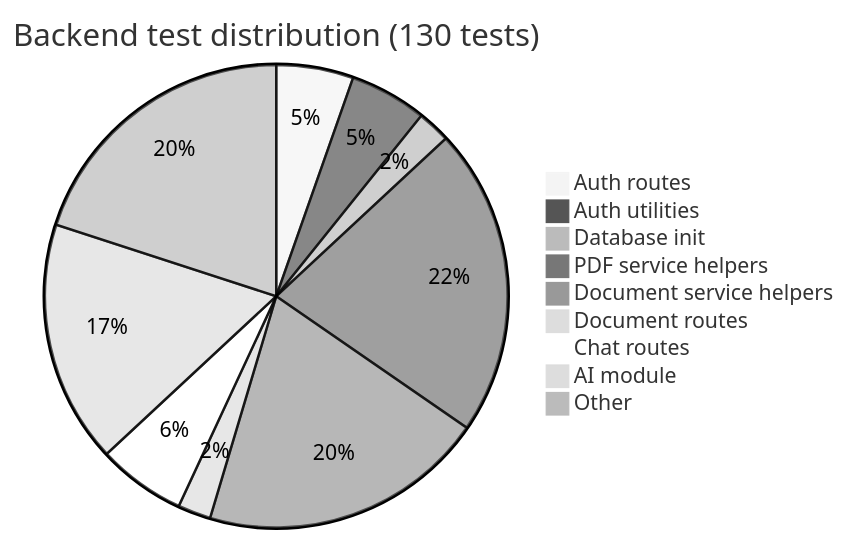
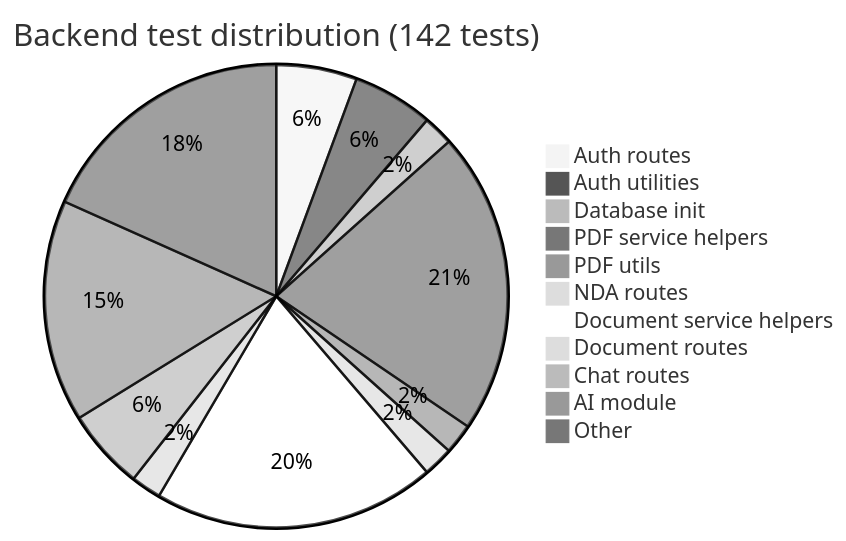
One commit to shaynemeyer/prelegal changed the first of 6 diagrams in docs/test-coverage-report.md. Above: the diagram before and after it, drawn with Mermaid (neutral theme). The commit also changed other lines of this file and 7 other files, not shown here.

First line of the commit message:
test: improve backend coverage from 89% to 99% (130 → 142 tests)

````diff
--- a/docs/test-coverage-report.md
+++ b/docs/test-coverage-report.md
@@ -46,12 +46,14 @@
 ```mermaid
-pie title Backend test distribution (130 tests)
-    "Auth routes" : 7
-    "Auth utilities" : 7
+pie title Backend test distribution (142 tests)
+    "Auth routes" : 8
+    "Auth utilities" : 8
     "Database init" : 3
-    "PDF service helpers" : 28
-    "Document service helpers" : 26
+    "PDF service helpers" : 30
+    "PDF utils" : 3
+    "NDA routes" : 3
+    "Document service helpers" : 28
     "Document routes" : 3
     "Chat routes" : 8
     "AI module" : 22
     "Other" : 26
 ```
````
